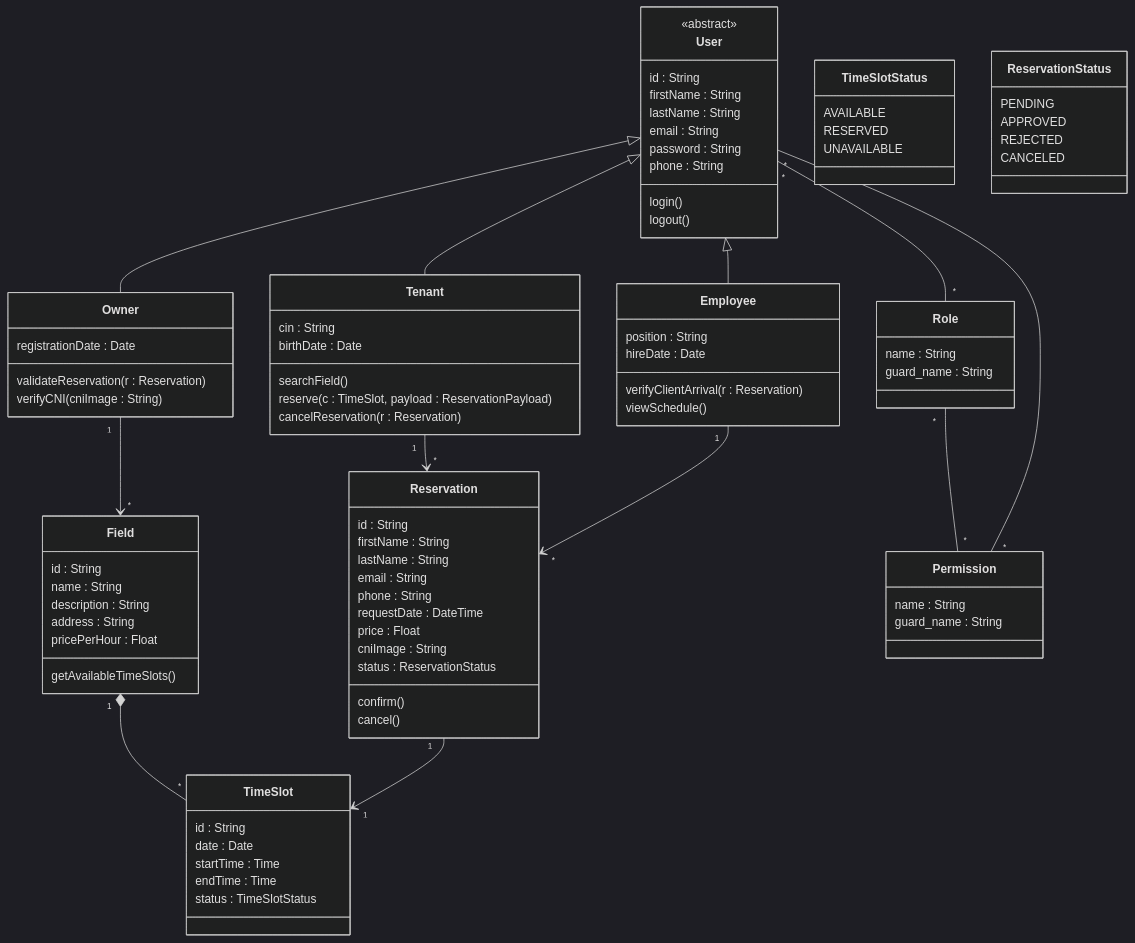
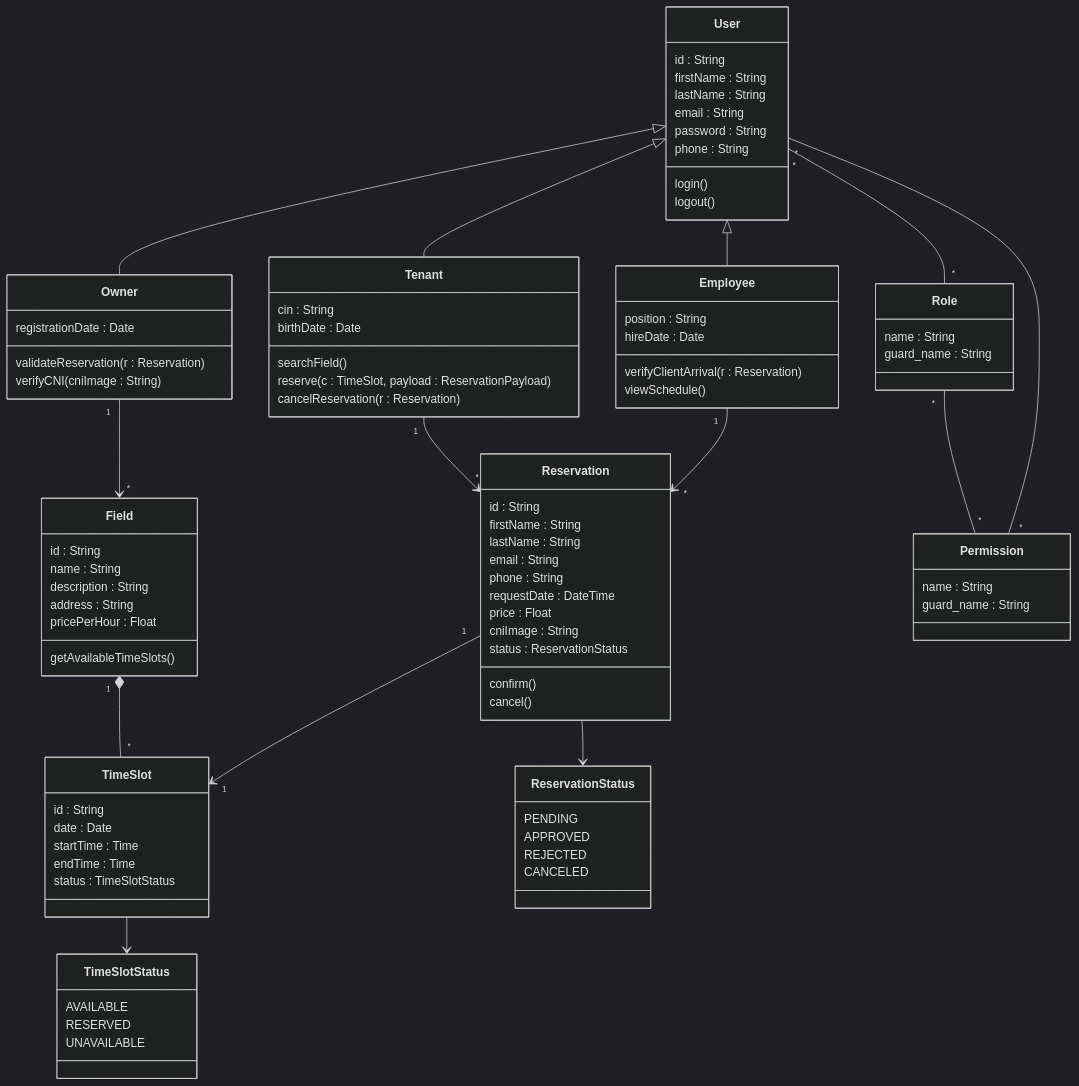
Before and after one commit to Adnane-x87/ProMatch: the diagram in Analyse/diagramme-de-classe/diagramme-classe.mmd, drawn with Mermaid (dark theme). The commit also changed 2 other files, not shown here.

Commit message:
refactor(analyse): update class diagram relationships and structure

```diff
--- a/Analyse/diagramme-de-classe/diagramme-classe.mmd
+++ b/Analyse/diagramme-de-classe/diagramme-classe.mmd
@@ -1,104 +1,89 @@
 classDiagram
-
 class User {
-    <<abstract>>
     id : String
     firstName : String
     lastName : String
     email : String
     password : String
     phone : String
     login()
     logout()
 }
-
 class Owner {
     registrationDate : Date
     validateReservation(r : Reservation)
     verifyCNI(cniImage : String)
 }
-
 class Tenant {
     cin : String
     birthDate : Date
     searchField()
     reserve(c : TimeSlot, payload : ReservationPayload)
     cancelReservation(r : Reservation)
 }
-
 class Employee {
     position : String
     hireDate : Date
     verifyClientArrival(r : Reservation)
     viewSchedule()
 }
-
 User <|-- Owner
 User <|-- Tenant
 User <|-- Employee
-
 class Field {
     id : String
     name : String
     description : String
     address : String
     pricePerHour : Float
     getAvailableTimeSlots()
 }
-
 class TimeSlot {
     id : String
     date : Date
     startTime : Time
     endTime : Time
     status : TimeSlotStatus
 }
-
 class TimeSlotStatus {
     AVAILABLE
     RESERVED
     UNAVAILABLE
 }
-
 Field "1" *-- "*" TimeSlot
-
+TimeSlot --> TimeSlotStatus
 class Reservation {
     id : String
     firstName : String
     lastName : String
     email : String
     phone : String
     requestDate : DateTime
     price : Float
     cniImage : String
     status : ReservationStatus
     confirm()
     cancel()
 }
-
 class ReservationStatus {
     PENDING
     APPROVED
     REJECTED
     CANCELED
 }
-
+Reservation --> ReservationStatus
 Tenant "1" --> "*" Reservation
 Reservation "1" --> "1" TimeSlot
 Employee "1" --> "*" Reservation
-
 class Role {
     name : String
     guard_name : String
 }
-
 class Permission {
     name : String
     guard_name : String
 }
-
 User "*" -- "*" Role
 Role "*" -- "*" Permission
 User "*" -- "*" Permission
-
 Owner "1" --> "*" Field
```
